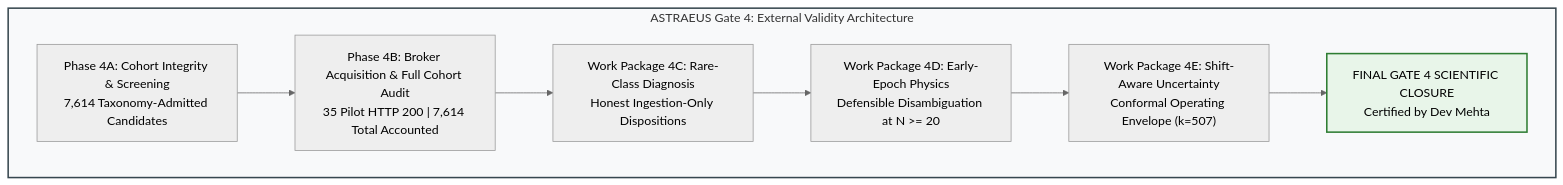
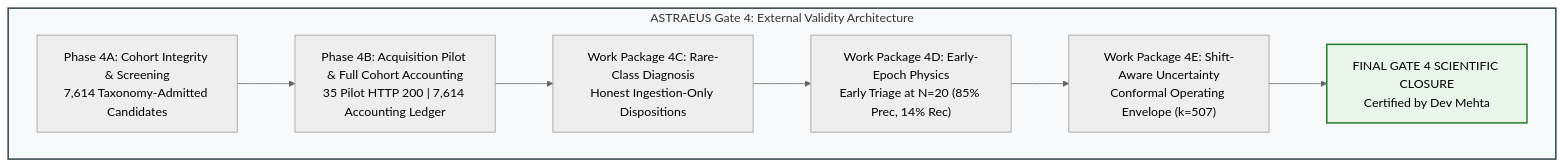
Before and after one commit to TEKURU-ZENO/ASTRAEUS: the diagram in experiments/GATE_4_FINAL_SCIENTIFIC_CLOSURE_REPORT.md, drawn with Mermaid (neutral theme). The commit also changed other lines of this file and 16 other files, not shown here.

````diff
--- a/experiments/GATE_4_FINAL_SCIENTIFIC_CLOSURE_REPORT.md
+++ b/experiments/GATE_4_FINAL_SCIENTIFIC_CLOSURE_REPORT.md
@@ -19,15 +19,15 @@
 ```mermaid
 flowchart TD
     subgraph G4["ASTRAEUS Gate 4: External Validity Architecture"]
         P4A["Phase 4A: Cohort Integrity & Screening<br/>7,614 Taxonomy-Admitted Candidates"]
-        P4B["Phase 4B: Broker Acquisition & Full Cohort Audit<br/>35 Pilot HTTP 200 | 7,614 Total Accounted"]
+        P4B["Phase 4B: Acquisition Pilot & Full Cohort Accounting<br/>35 Pilot HTTP 200 | 7,614 Accounting Ledger"]
         P4C["Work Package 4C: Rare-Class Diagnosis<br/>Honest Ingestion-Only Dispositions"]
-        P4D["Work Package 4D: Early-Epoch Physics<br/>Defensible Disambiguation at N >= 20"]
+        P4D["Work Package 4D: Early-Epoch Physics<br/>Early Triage at N=20 (85% Prec, 14% Rec)"]
         P4E["Work Package 4E: Shift-Aware Uncertainty<br/>Conformal Operating Envelope (k=507)"]
         CLOSURE["FINAL GATE 4 SCIENTIFIC CLOSURE<br/>Certified by Dev Mehta"]
     end
 
     P4A --> P4B --> P4C --> P4D --> P4E --> CLOSURE
     style G4 fill:#f8f9fa,stroke:#37474f,stroke-width:2px
     style CLOSURE fill:#e8f5e9,stroke:#2e7d32,stroke-width:2px
 ```
````
